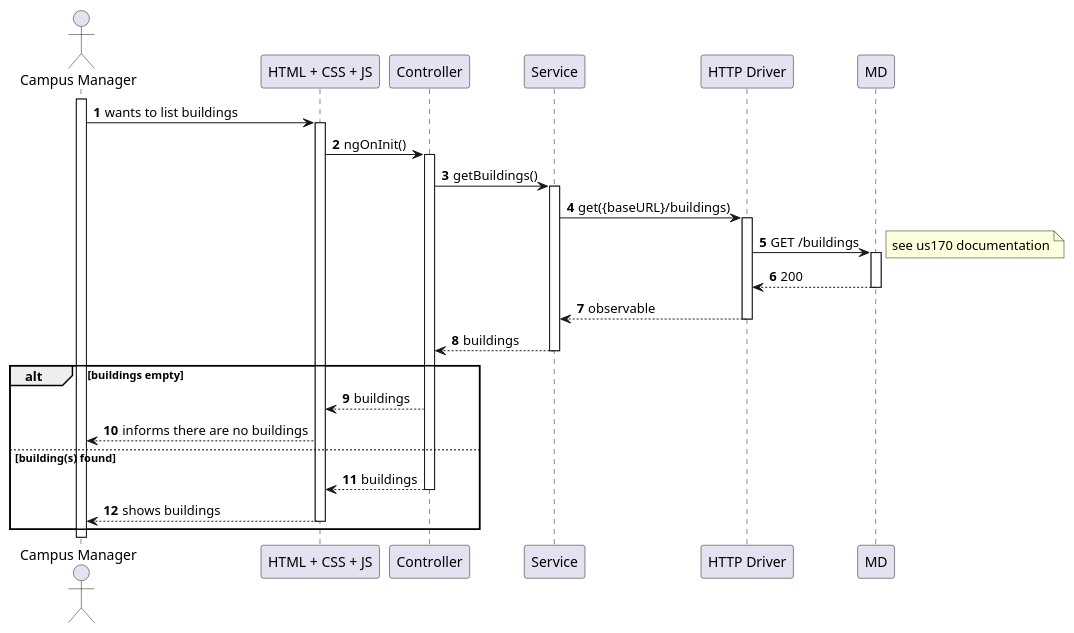
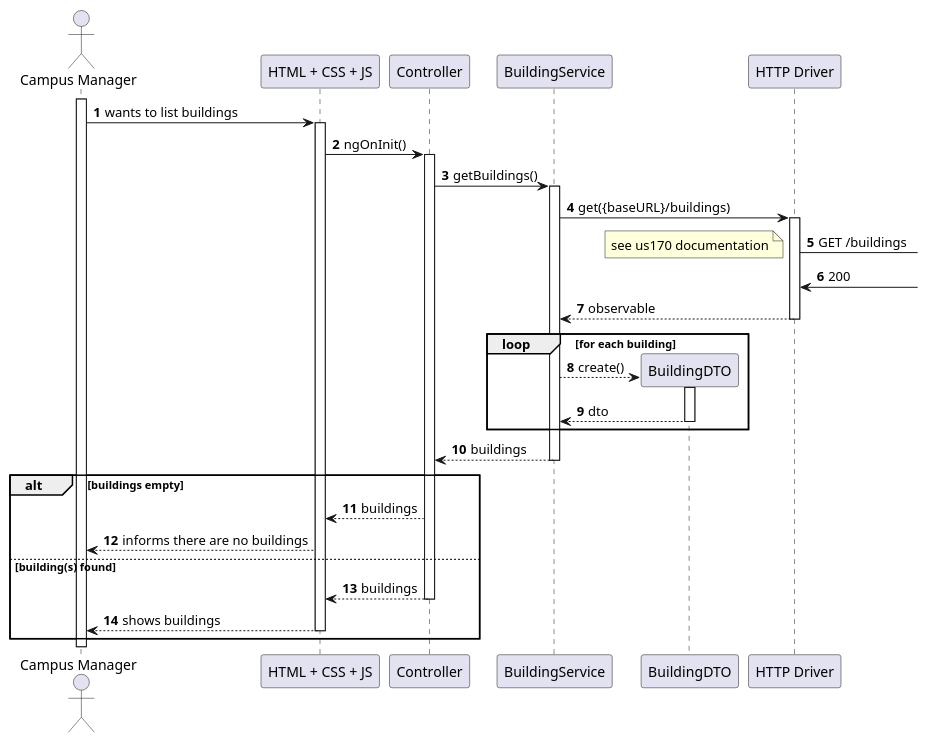
Before and after one commit to Departamento-de-Engenharia-Informatica/lapr5-23-24-g19: the diagram in docs/us1060/level3/process-view.puml, drawn with PlantUML. The commit also changed 17 other files, not shown here.

```diff
--- a/docs/us1060/level3/process-view.puml
+++ b/docs/us1060/level3/process-view.puml
@@ -1,41 +1,44 @@
 @startuml
 autonumber
 
 actor "Campus Manager" as usr
 
 participant "HTML + CSS + JS" as view
 participant "Controller" as ctrl
-participant "Service" as svc
+participant "BuildingService" as svc
+participant "BuildingDTO" as dto
 
 participant "HTTP Driver" as http
-
-participant "MD" as md
 
 activate usr
 usr -> view : wants to list buildings
     activate view
         view -> ctrl : ngOnInit()
         activate ctrl
             ctrl -> svc : getBuildings()
             activate svc
                 svc -> http : get({baseURL}/buildings)
                 activate http
-                    http -> md : GET /buildings
+                    http ->] : GET /buildings
                 note right : see us170 documentation
-            activate md
-                md --> http : 200
-                deactivate md
+                ]-> http : 200
                 http --> svc : observable
                 deactivate http
+                loop for each building
+                svc --> dto** : create()
+                    activate dto
+                        dto --> svc : dto
+                    deactivate dto
+                end
                 svc --> ctrl : buildings
         alt buildings empty
                 deactivate svc
                 ctrl --> view : buildings
                 view --> usr : informs there are no buildings
         else building(s) found
             ctrl --> view : buildings
             deactivate ctrl
             view --> usr : shows buildings
             deactivate view
         end
 @enduml
```
